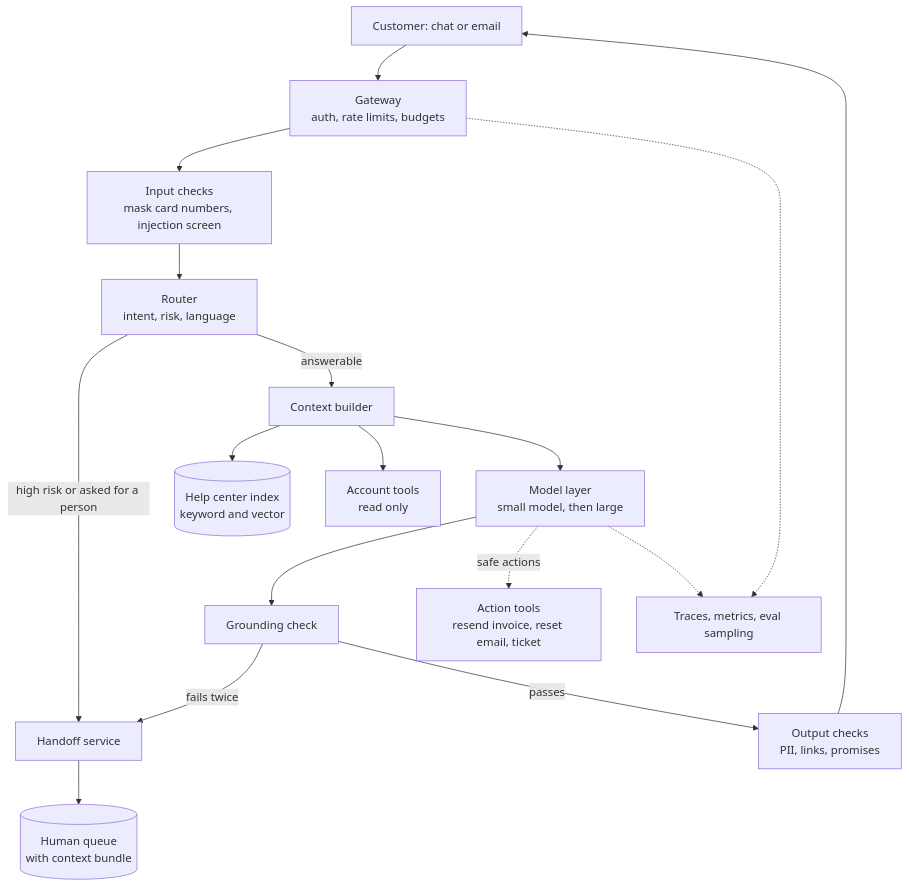
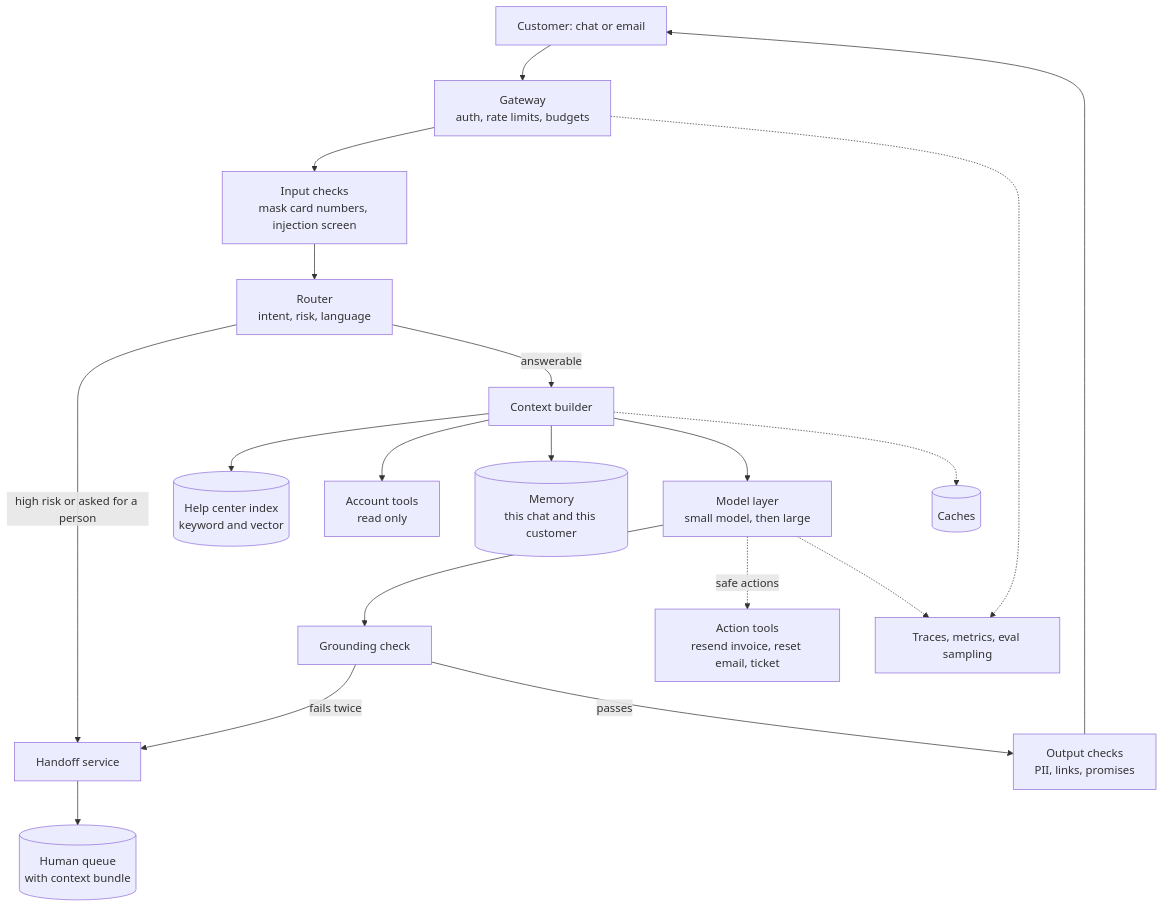
The first of 2 diagrams in case-studies/01-customer-support-agent.md (NeuralSaasAi/ai-system-design-playbook), drawn with Mermaid before and after one commit. The commit also changed other lines of this file and 5 other files, not shown here.

````diff
--- a/case-studies/01-customer-support-agent.md
+++ b/case-studies/01-customer-support-agent.md
@@ -127,19 +127,21 @@
 ```mermaid
 flowchart TD
   C[Customer: chat or email] --> GW[Gateway<br/>auth, rate limits, budgets]
   GW --> IG[Input checks<br/>mask card numbers, injection screen]
   IG --> RT[Router<br/>intent, risk, language]
   RT -->|high risk or asked for a person| HO[Handoff service]
   RT -->|answerable| CB[Context builder]
   CB --> KB[(Help center index<br/>keyword and vector)]
   CB --> AC[Account tools<br/>read only]
+  CB --> ME[(Memory<br/>this chat and this customer)]
   CB --> MD[Model layer<br/>small model, then large]
   MD --> GR[Grounding check]
   GR -->|fails twice| HO
   GR -->|passes| OG[Output checks<br/>PII, links, promises]
   OG --> C
   MD -.->|safe actions| ACT[Action tools<br/>resend invoice, reset email, ticket]
   HO --> Q[(Human queue<br/>with context bundle)]
+  CB -.-> CA[(Caches)]
   GW -.-> OBS[Traces, metrics, eval sampling]
   MD -.-> OBS
 ```
````
